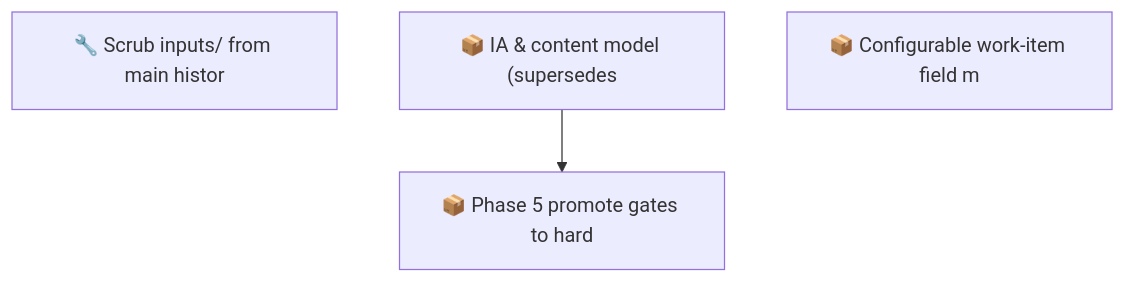
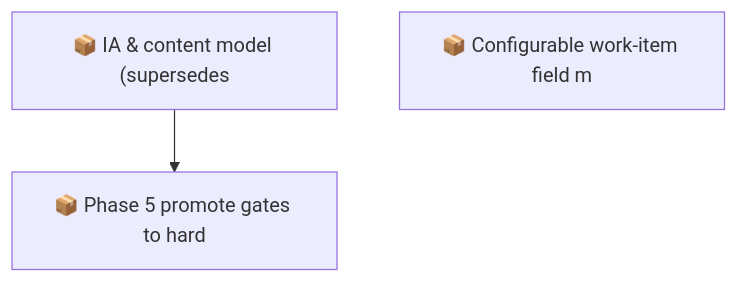
One commit to SpillwaveSolutions/wiki_ticket_sdd changed the second of 2 diagrams in docs/roadmap.md. Above: the diagram before and after it, drawn with Mermaid. The commit also changed other lines of this file and 1 other file, not shown here.

First line of the commit message:
chore: close inputs/ history-scrub item

````diff
--- a/docs/roadmap.md
+++ b/docs/roadmap.md
@@ -66,8 +61,7 @@
 ```mermaid
 graph TD
-    01KY2KHHF43KAZ54F57BQW71TD["🔧 Scrub inputs/ from main histor"]
     01KY5G9ZW0H2YMNWDFJYGRPYE5["📦 IA & content model (supersedes"]
     01KY5G9ZW0RABXWHEMEP1FAV2G["📦 Phase 5 promote gates to hard"]
     01KY5NE0ZYGBWG44N0KPEBFCZ8["📦 Configurable work-item field m"]
     01KY5G9ZW0H2YMNWDFJYGRPYE5 --> 01KY5G9ZW0RABXWHEMEP1FAV2G
 ```
````
